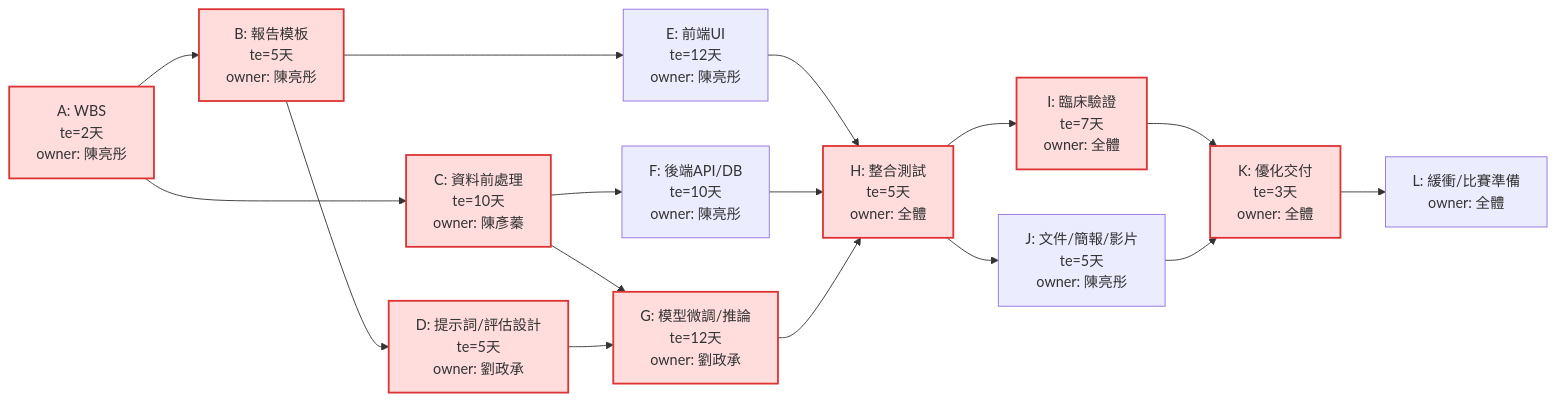
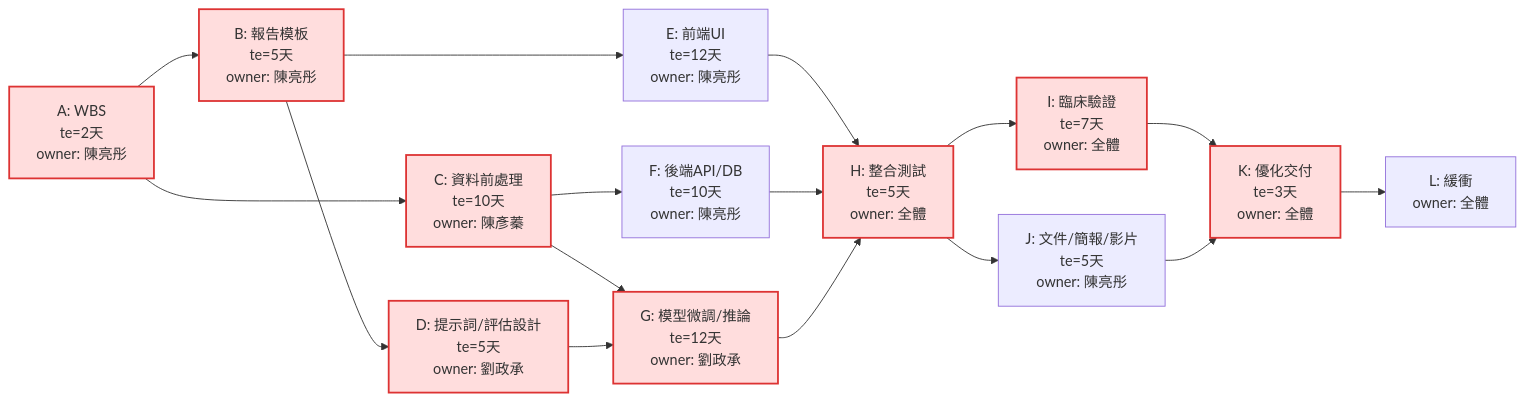
Before and after one commit to EEGReport-SystemAnalysis/One-Click-EEG-Report-Generation-System: the first of 2 diagrams in 時程規劃.md, drawn with Mermaid. The commit also changed other lines of this file, not shown here.

````diff
--- a/時程規劃.md
+++ b/時程規劃.md
@@ -56,34 +56,34 @@
 ```mermaid
 graph LR
   A[A: WBS<br/>te=2天<br/>owner: 陳亮彤]
   B[B: 報告模板<br/>te=5天<br/>owner: 陳亮彤]
   C[C: 資料前處理<br/>te=10天<br/>owner: 陳彥蓁]
   D[D: 提示詞/評估設計<br/>te=5天<br/>owner: 劉政承]
   E[E: 前端UI<br/>te=12天<br/>owner: 陳亮彤]
   F[F: 後端API/DB<br/>te=10天<br/>owner: 陳亮彤]
   G[G: 模型微調/推論<br/>te=12天<br/>owner: 劉政承]
   H[H: 整合測試<br/>te=5天<br/>owner: 全體]
   I[I: 臨床驗證<br/>te=7天<br/>owner: 全體]
   J[J: 文件/簡報/影片<br/>te=5天<br/>owner: 陳亮彤]
   K[K: 優化交付<br/>te=3天<br/>owner: 全體]
-  L[L: 緩衝/比賽準備<br/>owner: 全體]
+  L[L: 緩衝<br/>owner: 全體]
 
   A --> B
   A --> C
   B --> D
   B --> E
   C --> F
   C --> G
   D --> G
   E --> H
   F --> H
   G --> H
   H --> I
   H --> J
   I --> K
   J --> K
   K --> L
 
   classDef crit fill:#ffdddd,stroke:#d33,stroke-width:2px;
   class A,B,C,D,G,H,I,K crit;
 ```
````
